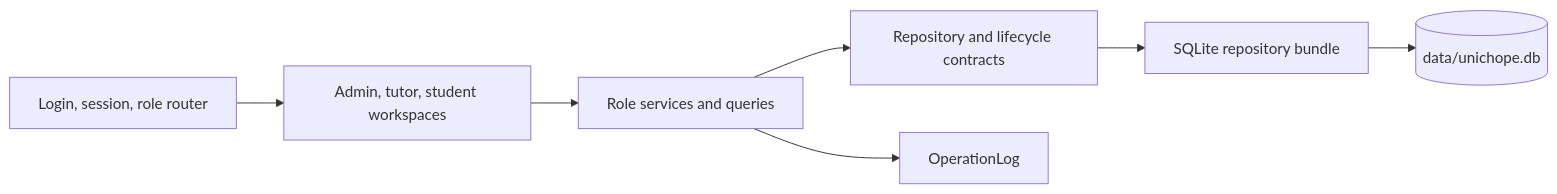
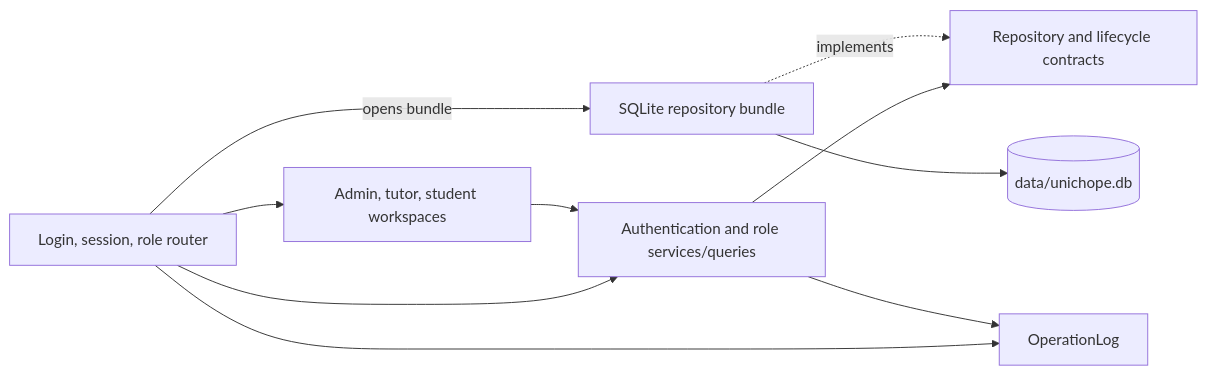
The first of 5 diagrams in docs/DeveloperGuide.md (CS3227-2610-MP2-UniChope/CS3227-2610-MP2), drawn with Mermaid before and after one commit. The commit also changed other lines of this file and 9 other files, not shown here.

````diff
--- a/docs/DeveloperGuide.md
+++ b/docs/DeveloperGuide.md
@@ -67,9 +67,12 @@
 ```mermaid
 flowchart LR
     Shell[Login, session, role router] --> Views[Admin, tutor, student workspaces]
-    Views --> Services[Role services and queries]
+    Shell -->|opens bundle| SQLite[SQLite repository bundle]
+    Shell --> Services[Authentication and role services/queries]
+    Views --> Services
     Services --> Contracts[Repository and lifecycle contracts]
-    Contracts --> SQLite[SQLite repository bundle]
+    SQLite -. implements .-> Contracts
     SQLite --> DB[(data/unichope.db)]
+    Shell --> Log[OperationLog]
     Services --> Log[OperationLog]
 ```
````
